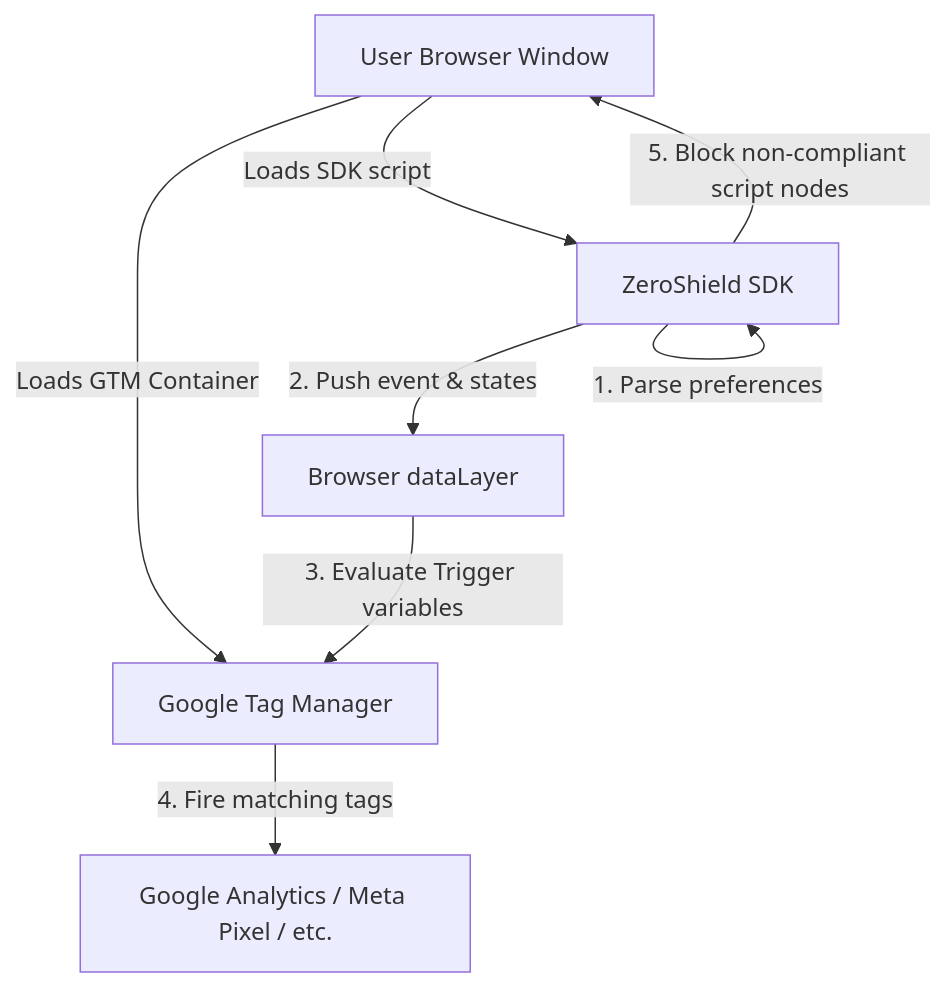
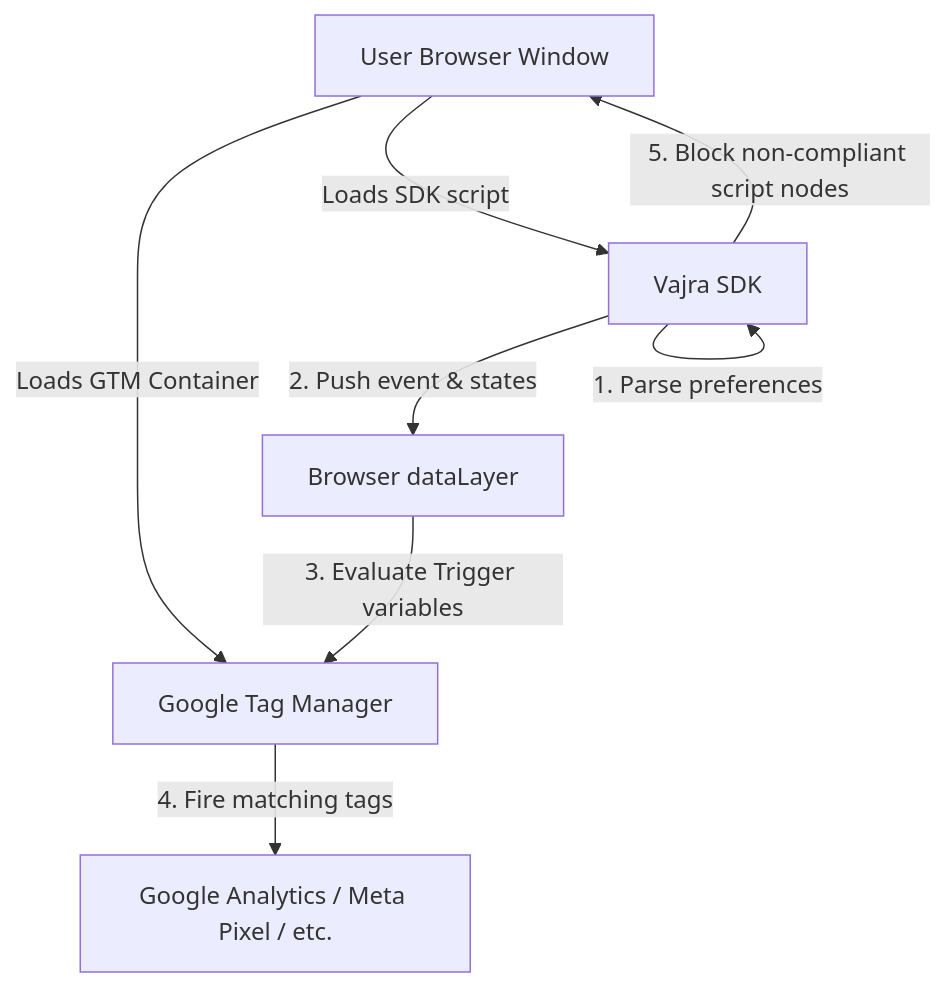
The first of 2 diagrams in docs/Integrations/tag_manager.md (shreyv7/hack), drawn with Mermaid before and after one commit. The commit also changed other lines of this file and 345 other files, not shown here.

````diff
--- a/docs/Integrations/tag_manager.md
+++ b/docs/Integrations/tag_manager.md
@@ -22,10 +22,10 @@
 ```mermaid
 graph TD
     Browser[User Browser Window] -->|Loads GTM Container| GTM[Google Tag Manager]
-    Browser -->|Loads SDK script| SDK[ZeroShield SDK]
+    Browser -->|Loads SDK script| SDK[Vajra SDK]
     SDK -->|1. Parse preferences| SDK
     SDK -->|2. Push event & states| DL[Browser dataLayer]
     DL -->|3. Evaluate Trigger variables| GTM
     GTM -->|4. Fire matching tags| Pixels[Google Analytics / Meta Pixel / etc.]
     SDK -->|5. Block non-compliant script nodes| Browser
 ```
````
